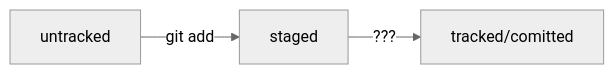
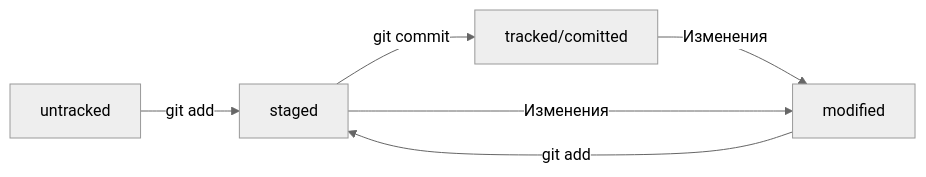
One commit to AleksandrPU/git-summary changed the diagram in readme.md. Above: the diagram before and after it, drawn with Mermaid (neutral theme). The commit also changed other lines of this file, not shown here.

Commit message:
fix: Edit markdown and mermaid

````diff
--- a/readme.md
+++ b/readme.md
@@ -308,5 +315,8 @@
 ```mermaid
 graph LR
     untracked -- "git add" --> staged;
-    staged -- "???" --> tracked/comitted;
+    staged -- "git commit" --> tracked/comitted;
+    tracked/comitted -- "Изменения" --> modified;
+    modified -- "git add" --> staged;
+    staged -- "Изменения" --> modified;
 ```
````
